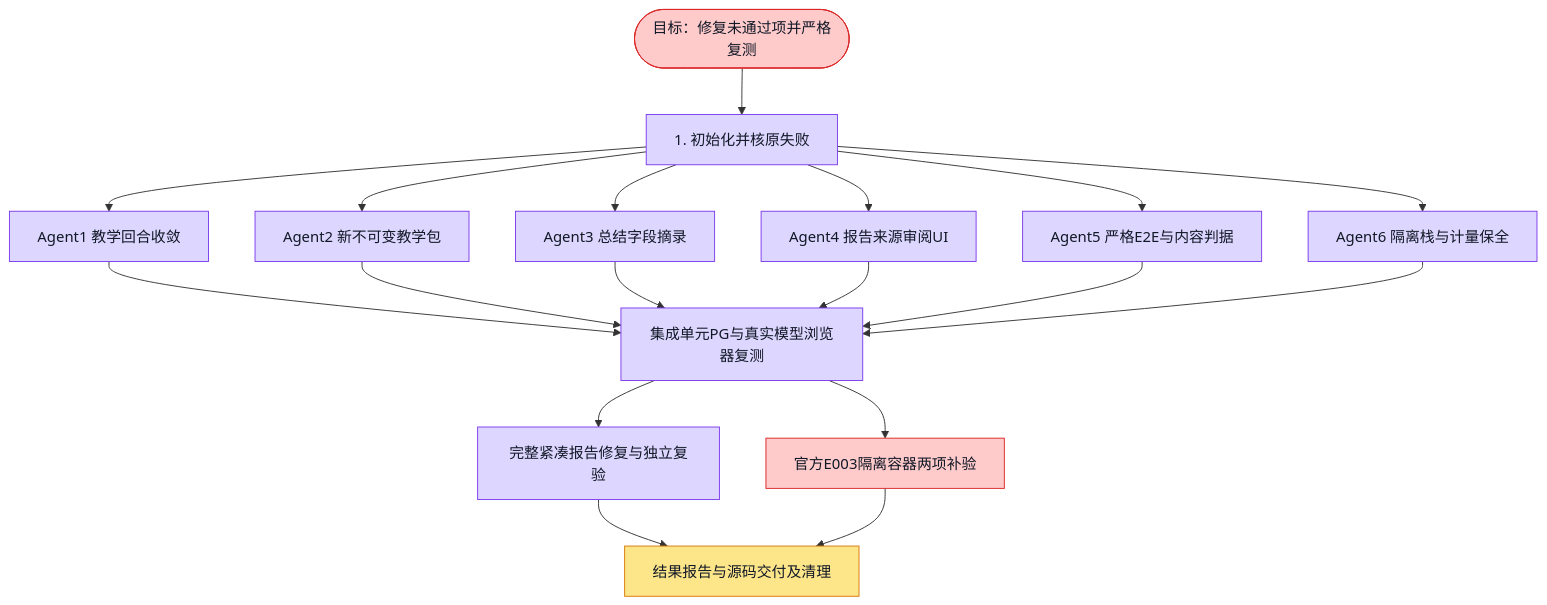
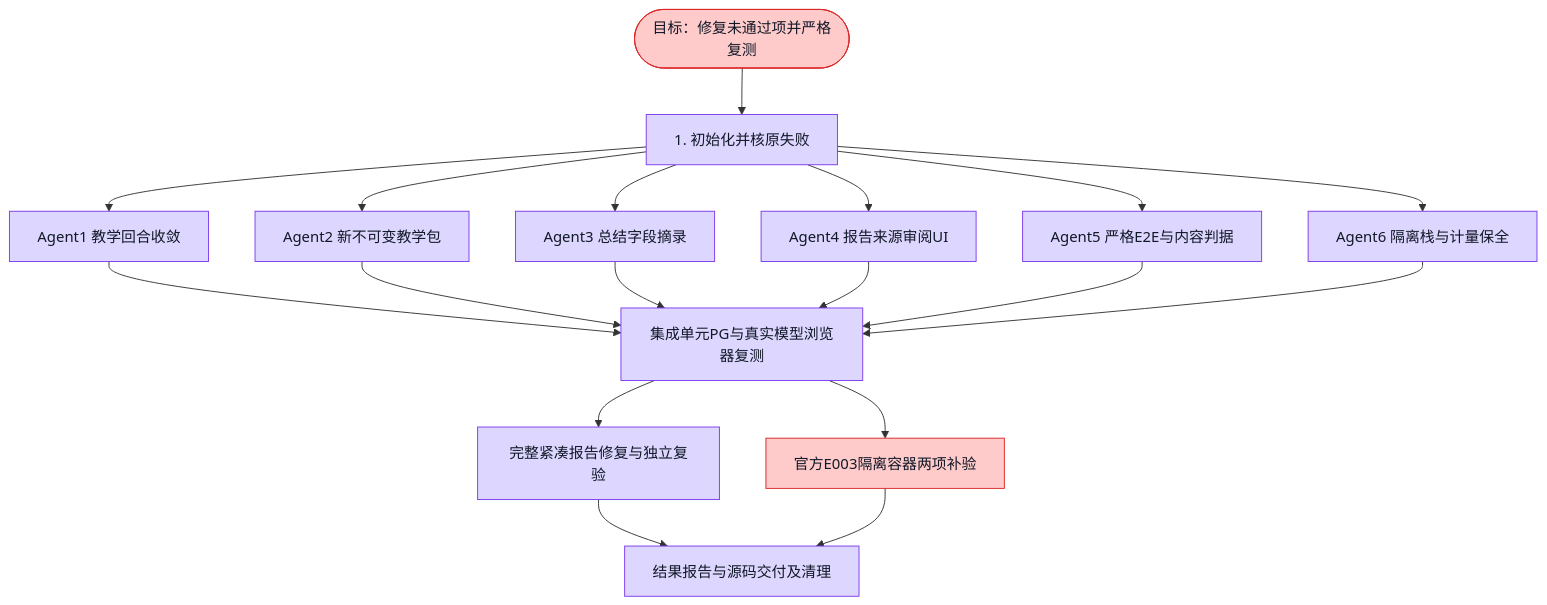
One commit to boardx/workspacex changed the diagram in docs/evidence/aidt-native/remediation-20261117/execution.plan.md. Above: the diagram before and after it, drawn with Mermaid. The commit also changed 1 other file, not shown here.

Commit message:
docs(aidt): record verified file delivery and remaining blocked checks

````diff
--- a/docs/evidence/aidt-native/remediation-20261117/execution.plan.md
+++ b/docs/evidence/aidt-native/remediation-20261117/execution.plan.md
@@ -7,48 +7,49 @@
 ```mermaid
 flowchart TD
  G([目标：修复未通过项并严格复测])
  I[1. 初始化并核原失败]
  A1[Agent1 教学回合收敛]
  A2[Agent2 新不可变教学包]
  A3[Agent3 总结字段摘录]
  A4[Agent4 报告来源审阅UI]
  A5[Agent5 严格E2E与内容判据]
  A6[Agent6 隔离栈与计量保全]
  T[集成单元PG与真实模型浏览器复测]
  Q[完整紧凑报告修复与独立复验]
  E[官方E003隔离容器两项补验]
  D[结果报告与源码交付及清理]
  G --> I
  I --> A1 & A2 & A3 & A4 & A5 & A6
  A1 & A2 & A3 & A4 & A5 & A6 --> T
  T --> Q & E
  Q & E --> D
   classDef todo fill:#e5e7eb,stroke:#6b7280,color:#111827
   classDef doing fill:#fde68a,stroke:#d97706,color:#111827
   classDef done fill:#bbf7d0,stroke:#16a34a,color:#111827
   classDef tested fill:#ddd6fe,stroke:#7c3aed,color:#111827
   classDef blocked fill:#fecaca,stroke:#dc2626,color:#111827
  class G blocked
   %% blocked G: Core executed flows pass; 2 official sandbox integration checks blocked by build storage; classroom/remote CI not performed
  class I tested
   %% evidence I: init.sh quick exit0 /tmp/aidt-remediation-init-20261117.log；d572f1c9a干净基线、原报告及源审计已读、6worker并行启动；tick缺COORD_GATEWAY_URL明确失败不冒心跳。
  class A1 tested
   %% evidence A1: 93b76865a first focus + c1e5146c2 mixed-batch red→green; full graph/runtime241 passed2skipped; TC5 actual owned PG5/5 separate; actual S1probe/S5/S6/SUM full-result SHA equal; a4-runtime/
  class A2 tested
   %% evidence A2: methods1.3.2 + summary1.0.2 immutable; API isolation52/context86; old release hashes intact
  class A3 tested
   %% evidence A3: /tmp/aidt-remediation-context-release-final.log 11files85; API tsc exit0; actual owned PG bridge22+return7; exact full saved hash and old snapshots preserved
  class A4 tested
   %% evidence A4: final Web96files818 + no-incremental tsc0; actual report source review and separate provenance passed
  class A5 tested
   %% evidence A5: 30 final QA guard tests/lint/tsc; browser member text and native retry0model; saved actual report V8 and byte-exact export
  class A6 tested
   %% evidence A6: a1 final42settled; old10 hashes preserved; private backup verified; owned cleanup13ports/leases and1slot released
  class T tested
   %% evidence T: actual S1-S6 + V1/V2 + correction report save/relogin/export; PG29+TC5 5 independent; original semantic1/1 failures retained
  class Q tested
   %% evidence Q: summary102 compact complete; first compact source error preserved; normal student clarification -> model revision semantic0 -> explicit UI save V8/export17512B
  class E blocked
   %% blocked E: official build storage floor1.5GiB; E003 probe0/additional pytest0; original Python2skip not passed, no isolation weakening
- class D doing
+ class D tested
+  %% evidence D: Library report v1 17pages/manual v9 29pages/source v10 saved; identity helper0; Chinese/pages readback; source archive f1b4f15fd verified
 ```
````
